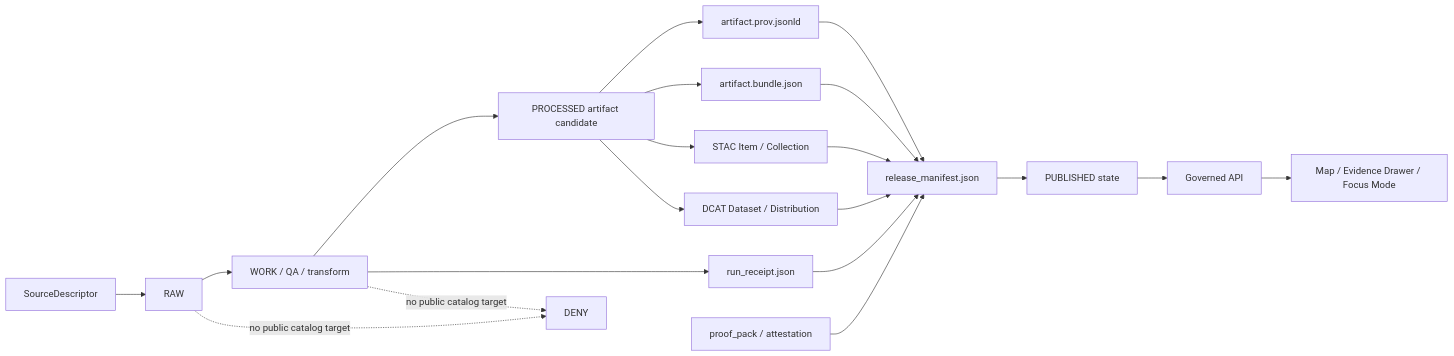
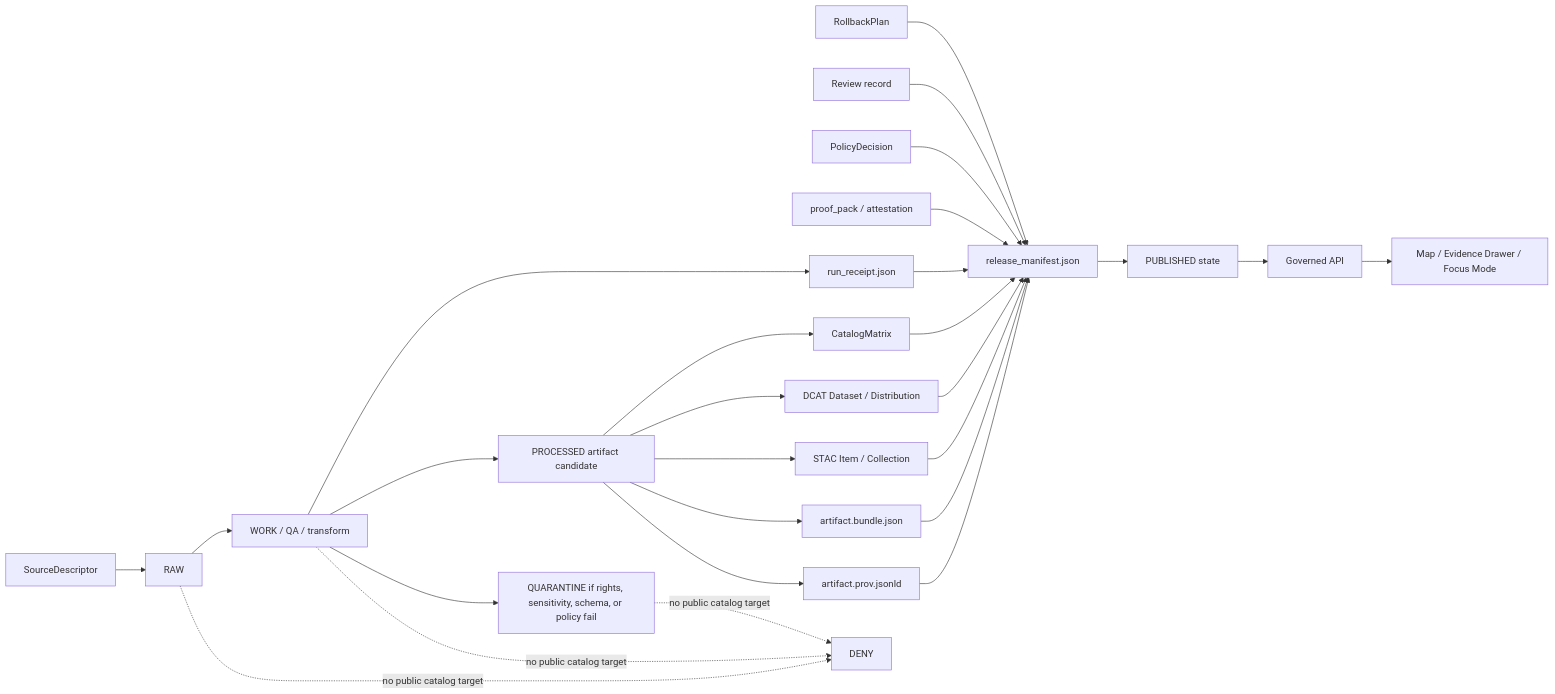
One commit to bartytime4life/Kansas-Frontier-Matrix changed the diagram in docs/adr/ADR-PROV-STAC-DCAT-CATALOG-MAPPING.md. Above: the diagram before and after it, drawn with Mermaid. The commit also changed other lines of this file, not shown here.

````diff
--- a/docs/adr/ADR-PROV-STAC-DCAT-CATALOG-MAPPING.md
+++ b/docs/adr/ADR-PROV-STAC-DCAT-CATALOG-MAPPING.md
@@ -173,26 +259,33 @@
 ```mermaid
 flowchart LR
     SRC[SourceDescriptor] --> RAW[RAW]
     RAW --> WORK[WORK / QA / transform]
+    WORK --> QUAR[QUARANTINE if rights, sensitivity, schema, or policy fail]
     WORK --> PROC[PROCESSED artifact candidate]
     WORK --> RECEIPT[run_receipt.json]
 
     PROC --> PROV[artifact.prov.jsonld]
     PROC --> BUNDLE[artifact.bundle.json]
     PROC --> STAC[STAC Item / Collection]
     PROC --> DCAT[DCAT Dataset / Distribution]
+    PROC --> CATALOGM[CatalogMatrix]
 
     PROV --> REL[release_manifest.json]
     BUNDLE --> REL
     STAC --> REL
     DCAT --> REL
+    CATALOGM --> REL
     RECEIPT --> REL
     PROOF[proof_pack / attestation] --> REL
+    POLICY[PolicyDecision] --> REL
+    REVIEW[Review record] --> REL
+    ROLL[RollbackPlan] --> REL
 
     REL --> PUB[PUBLISHED state]
     PUB --> API[Governed API]
     API --> UI[Map / Evidence Drawer / Focus Mode]
 
     RAW -. no public catalog target .-> DENY[DENY]
     WORK -. no public catalog target .-> DENY
+    QUAR -. no public catalog target .-> DENY
 ```
````
